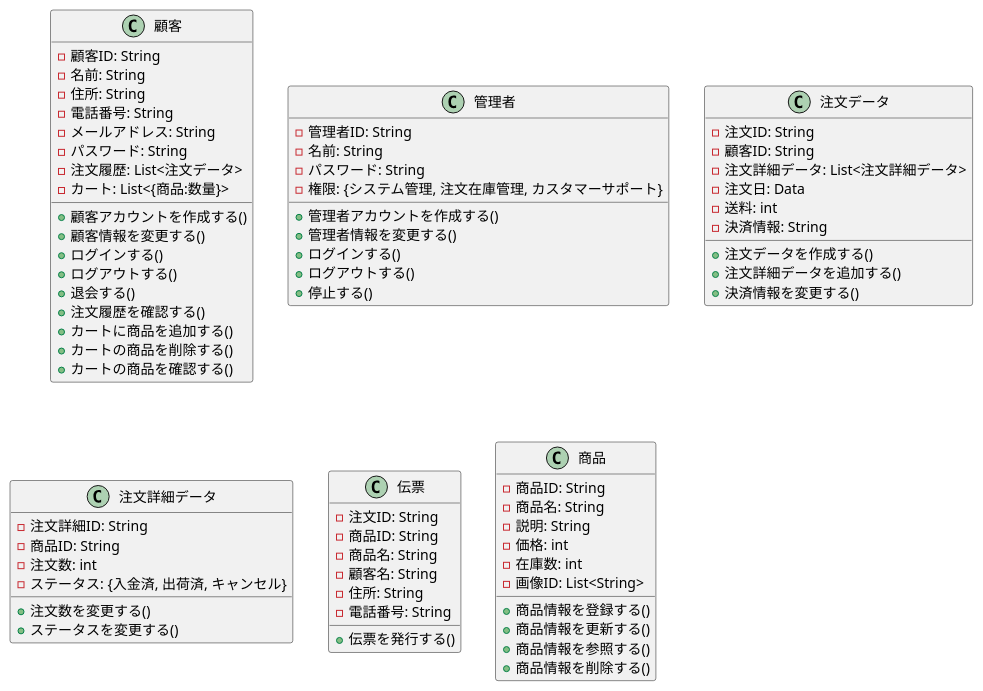
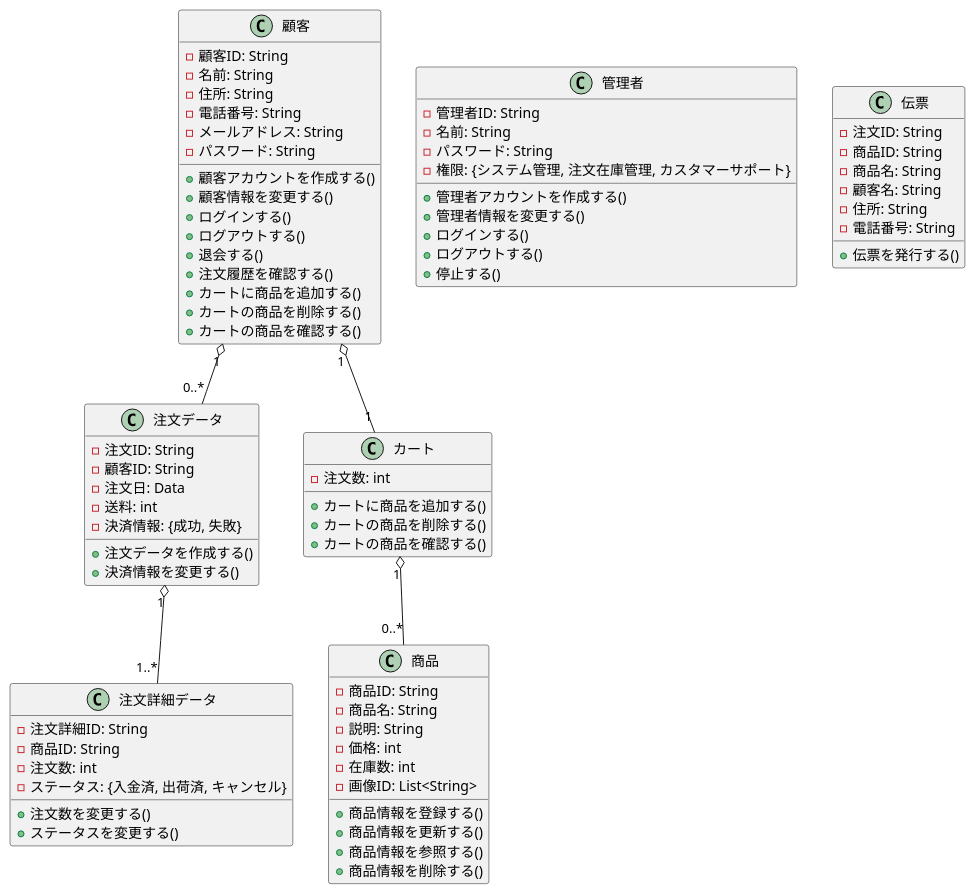
The diagram in BB/class.pu (FujikawaHirono0520/group3_1_dogdog), drawn with PlantUML before and after one commit.

Commit message:
【変更】関係性の追加

```diff
--- a/BB/class.pu
+++ b/BB/class.pu
@@ -1,85 +1,101 @@
 @startuml .
 
 class 顧客{
     - 顧客ID: String
     - 名前: String
     - 住所: String
     - 電話番号: String
     - メールアドレス: String
     - パスワード: String
-    - 注文履歴: List<注文データ>
-    - カート: List<{商品:数量}>
+    ' - 注文履歴: List<注文データ>
+    ' - カート: List<{商品:数量}>
 
     + 顧客アカウントを作成する()
     + 顧客情報を変更する()
     + ログインする()
     + ログアウトする()
     + 退会する()
     + 注文履歴を確認する()
     + カートに商品を追加する()
     + カートの商品を削除する()
     + カートの商品を確認する()
 }
 
 class 管理者 {
     - 管理者ID: String
     - 名前: String
     - パスワード: String
     - 権限: {システム管理, 注文在庫管理, カスタマーサポート}
 
     + 管理者アカウントを作成する()
     + 管理者情報を変更する()
     + ログインする()
     + ログアウトする()
     + 停止する()
 }
 
 class 注文データ {
     - 注文ID: String
     - 顧客ID: String
-    - 注文詳細データ: List<注文詳細データ>
+    ' - 注文詳細データ: List<注文詳細データ>
     - 注文日: Data
     - 送料: int
-    - 決済情報: String
+    - 決済情報: {成功, 失敗}
 
     + 注文データを作成する()
-    + 注文詳細データを追加する()
+    ' + 注文詳細データを追加する()
     + 決済情報を変更する()
 }
 
 class 注文詳細データ {
     - 注文詳細ID: String
     - 商品ID: String
     - 注文数: int
     - ステータス: {入金済, 出荷済, キャンセル}
 
     + 注文数を変更する()
     + ステータスを変更する()
 }
 
 class 伝票 {
     - 注文ID: String
     - 商品ID: String
     - 商品名: String
     - 顧客名: String
     - 住所: String
     - 電話番号: String
 
     + 伝票を発行する()
 }
 
+class カート {
+    - 注文数: int
+
+    + カートに商品を追加する()
+    + カートの商品を削除する()
+    + カートの商品を確認する()
+}
+
 class 商品 {
     - 商品ID: String
     - 商品名: String
     - 説明: String
     - 価格: int
     - 在庫数: int
     - 画像ID: List<String>
 
     + 商品情報を登録する()
     + 商品情報を更新する()
     + 商品情報を参照する()
     + 商品情報を削除する()
 }
 
+
+顧客 "1" o-- "1" カート
+カート "1" o-- "0..*" 商品
+
+顧客 "1" o-- "0..*" 注文データ
+
+注文データ "1" o-- "1..*" 注文詳細データ
+
 @enduml
```
